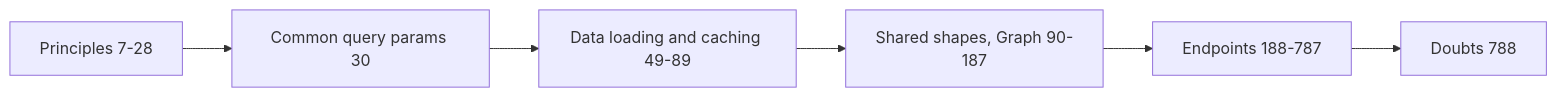
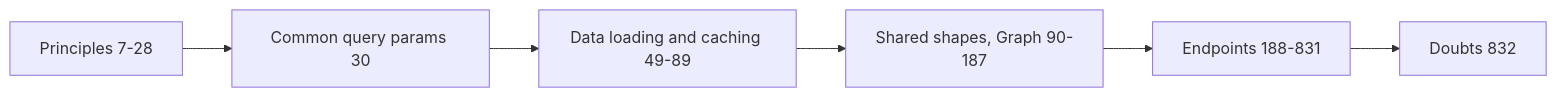
The diagram in snowflake-access-explorer-knowledge-graph/documents/web-api-md.md (darshanmeel/snowflake-access-explorer), drawn with Mermaid before and after one commit. The commit also changed other lines of this file and 88 other files, not shown here.

First line of the commit message:
Knowledge graph and docs for the access log; per-day charts by user, role, client, statement, R/W/DDL, object kind

````diff
--- a/snowflake-access-explorer-knowledge-graph/documents/web-api-md.md
+++ b/snowflake-access-explorer-knowledge-graph/documents/web-api-md.md
@@ -4,8 +4,8 @@
 ```mermaid
 flowchart LR
   P[Principles 7-28] --> Q[Common query params 30]
   Q --> L[Data loading and caching 49-89]
   L --> S[Shared shapes, Graph 90-187]
-  S --> E[Endpoints 188-787]
-  E --> D[Doubts 788]
+  S --> E[Endpoints 188-831]
+  E --> D[Doubts 832]
 ```
````
